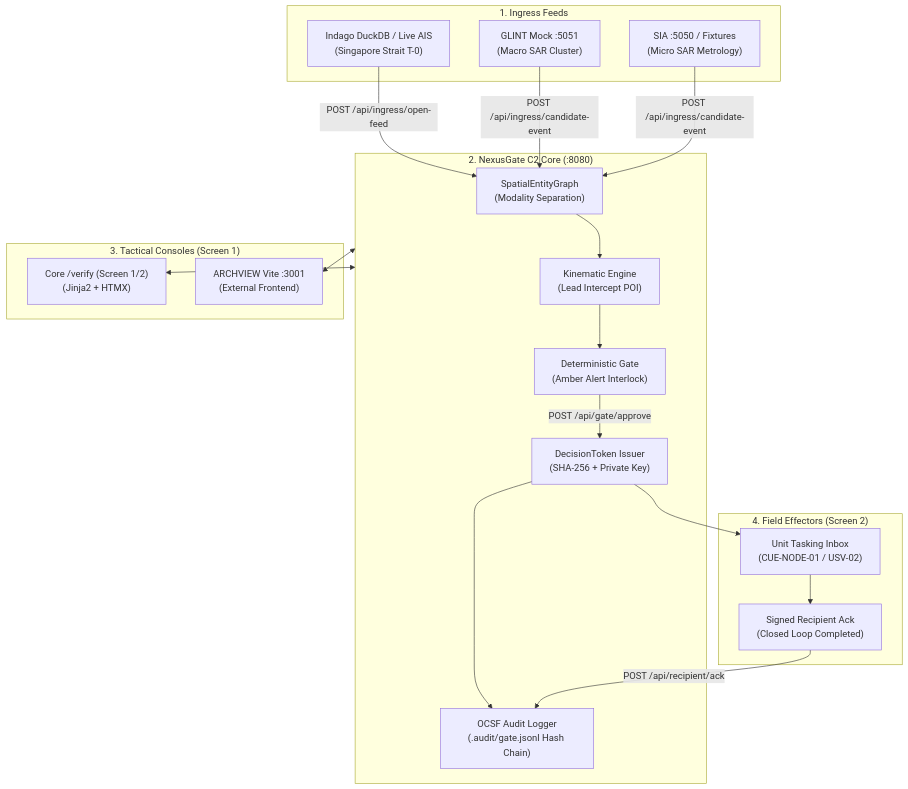
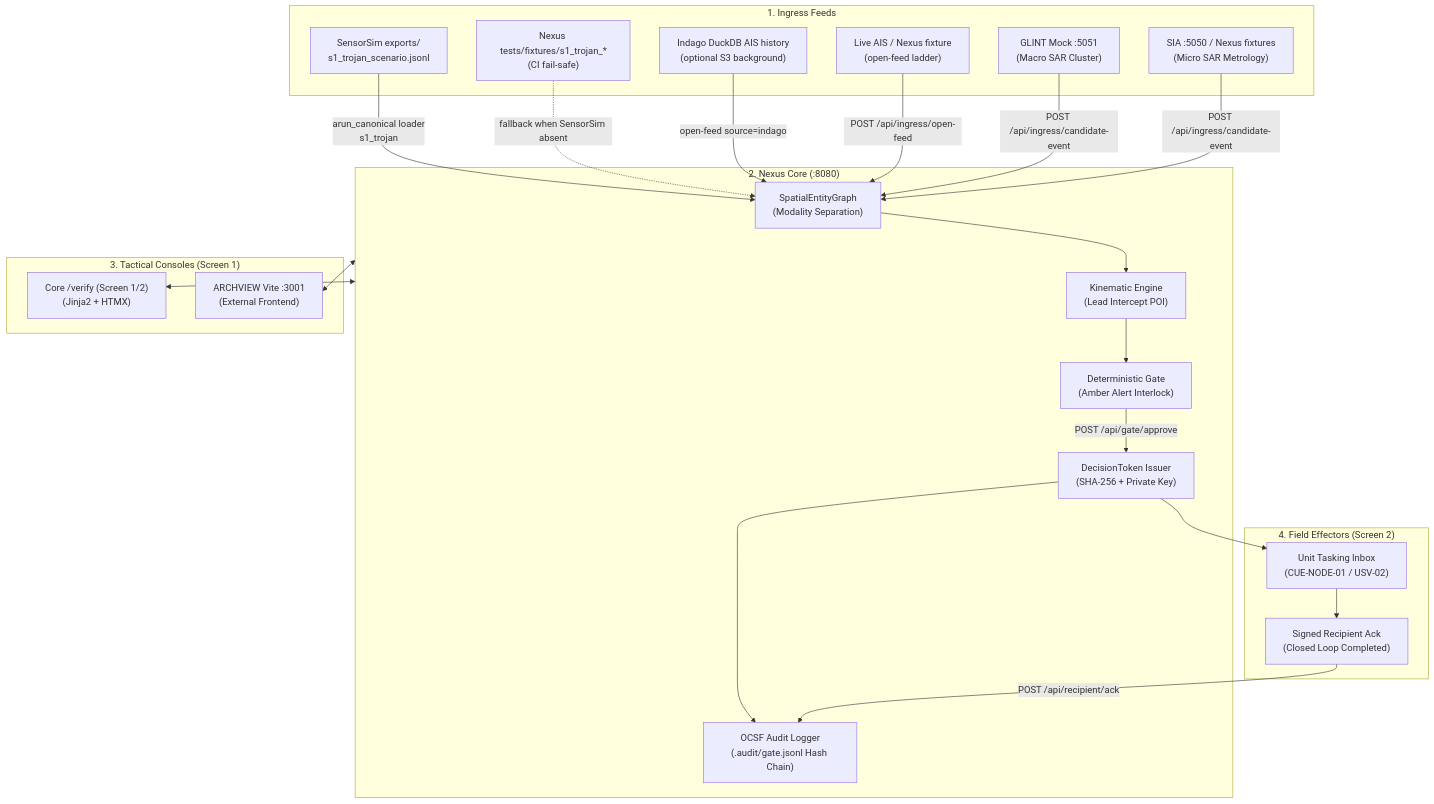
One commit to edgesentry/sdth-nexus-c2 changed the diagram in docs/verify-e2e.md. Above: the diagram before and after it, drawn with Mermaid. The commit also changed other lines of this file and 58 other files, not shown here.

````diff
--- a/docs/verify-e2e.md
+++ b/docs/verify-e2e.md
@@ -22,40 +45,46 @@
 ```mermaid
 flowchart TD
     subgraph IngressFeeds ["1. Ingress Feeds"]
-        AIS["Indago DuckDB / Live AIS<br/>(Singapore Strait T-0)"]
+        SENSORSIM["SensorSim exports/<br/>s1_trojan_scenario.jsonl"]
+        INDAGO["Indago DuckDB AIS history<br/>(optional S3 background)"]
+        AIS["Live AIS / Nexus fixture<br/>(open-feed ladder)"]
         GLINT["GLINT Mock :5051<br/>(Macro SAR Cluster)"]
-        SIA["SIA :5050 / Fixtures<br/>(Micro SAR Metrology)"]
+        SIA["SIA :5050 / Nexus fixtures<br/>(Micro SAR Metrology)"]
+        FIX["Nexus tests/fixtures/s1_trojan_*<br/>(CI fail-safe)"]
     end
 
-    subgraph C2Core ["2. NexusGate C2 Core (:8080)"]
+    subgraph C2Core ["2. Nexus Core (:8080)"]
         GRAPH["SpatialEntityGraph<br/>(Modality Separation)"]
         KINEMATICS["Kinematic Engine<br/>(Lead Intercept POI)"]
         GATE["Deterministic Gate<br/>(Amber Alert Interlock)"]
         SEAL["DecisionToken Issuer<br/>(SHA-256 + Private Key)"]
         AUDIT["OCSF Audit Logger<br/>(.audit/gate.jsonl Hash Chain)"]
     end
 
     subgraph Consoles ["3. Tactical Consoles (Screen 1)"]
         VERIFY["Core /verify (Screen 1/2)<br/>(Jinja2 + HTMX)"]
         ARCHVIEW["ARCHVIEW Vite :3001<br/>(External Frontend)"]
     end
 
     subgraph Effectors ["4. Field Effectors (Screen 2)"]
         INBOX["Unit Tasking Inbox<br/>(CUE-NODE-01 / USV-02)"]
         ACK["Signed Recipient Ack<br/>(Closed Loop Completed)"]
     end
 
+    SENSORSIM -->|arun_canonical loader<br/>s1_trojan| GRAPH
+    FIX -.->|fallback when SensorSim absent| GRAPH
+    INDAGO -->|open-feed source=indago| GRAPH
     AIS -->|POST /api/ingress/open-feed| GRAPH
     GLINT -->|POST /api/ingress/candidate-event| GRAPH
     SIA -->|POST /api/ingress/candidate-event| GRAPH
     GRAPH --> KINEMATICS
     KINEMATICS --> GATE
     GATE -->|POST /api/gate/approve| SEAL
     SEAL --> AUDIT
     SEAL --> INBOX
     INBOX --> ACK
     ACK -->|POST /api/recipient/ack| AUDIT
 
     C2Core <--> VERIFY
     C2Core <--> ARCHVIEW
 ```
````
